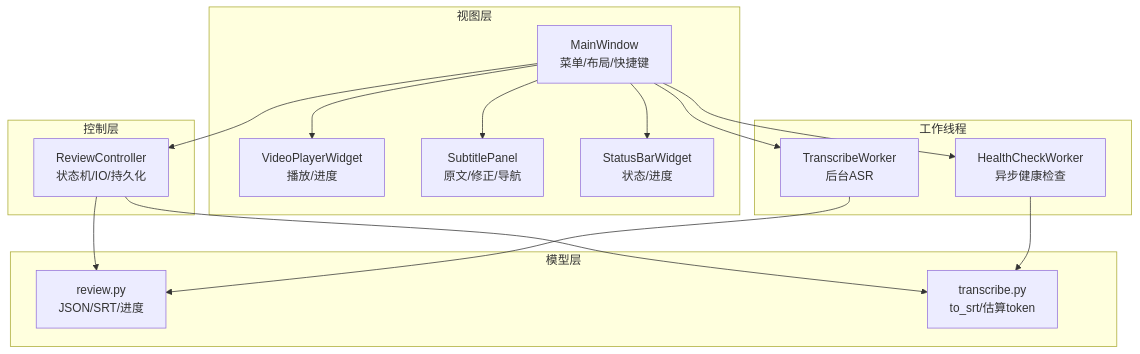
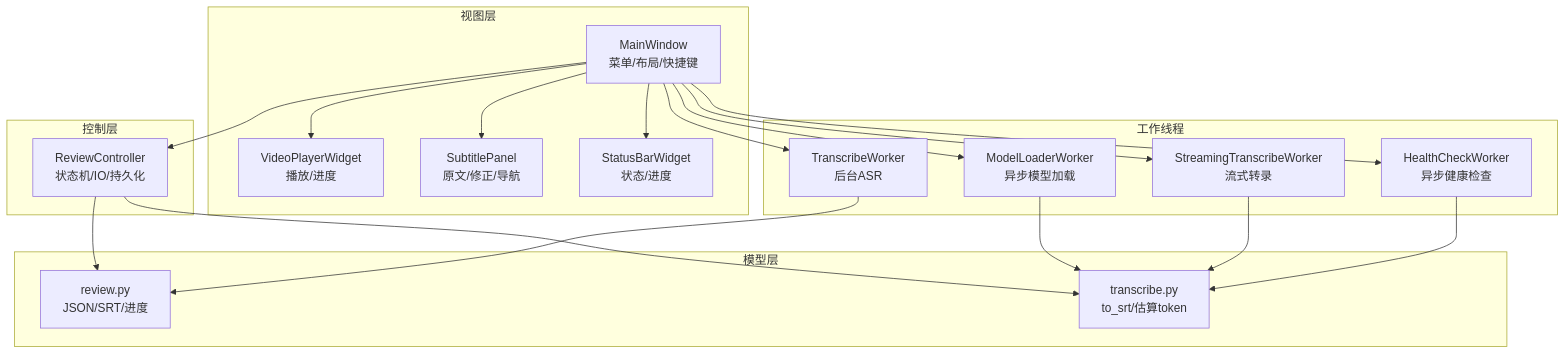
The first of 5 diagrams in .qoder/repowiki/zh/content/用户界面/GUI架构设计.md (boyingliu01/VideoSplitter), drawn with Mermaid before and after one commit. The commit also changed other lines of this file and 147 other files, not shown here.

````diff
--- a/.qoder/repowiki/zh/content/用户界面/GUI架构设计.md
+++ b/.qoder/repowiki/zh/content/用户界面/GUI架构设计.md
@@ -44,30 +47,36 @@
 ```mermaid
 graph TB
 subgraph "视图层"
 MW["MainWindow<br/>菜单/布局/快捷键"]
 VP["VideoPlayerWidget<br/>播放/进度"]
 SP["SubtitlePanel<br/>原文/修正/导航"]
 SB["StatusBarWidget<br/>状态/进度"]
 end
 subgraph "控制层"
 RC["ReviewController<br/>状态机/IO/持久化"]
 end
 subgraph "工作线程"
+MLW["ModelLoaderWorker<br/>异步模型加载"]
+STW["StreamingTranscribeWorker<br/>流式转录"]
 TW["TranscribeWorker<br/>后台ASR"]
 HC["HealthCheckWorker<br/>异步健康检查"]
 end
 subgraph "模型层"
 RV["review.py<br/>JSON/SRT/进度"]
 TR["transcribe.py<br/>to_srt/估算token"]
 end
 MW --> VP
 MW --> SP
 MW --> SB
 MW --> RC
+MW --> MLW
+MW --> STW
 MW --> TW
 MW --> HC
 RC --> RV
 RC --> TR
+MLW --> TR
+STW --> TR
 TW --> RV
 HC --> TR
 ```
````
